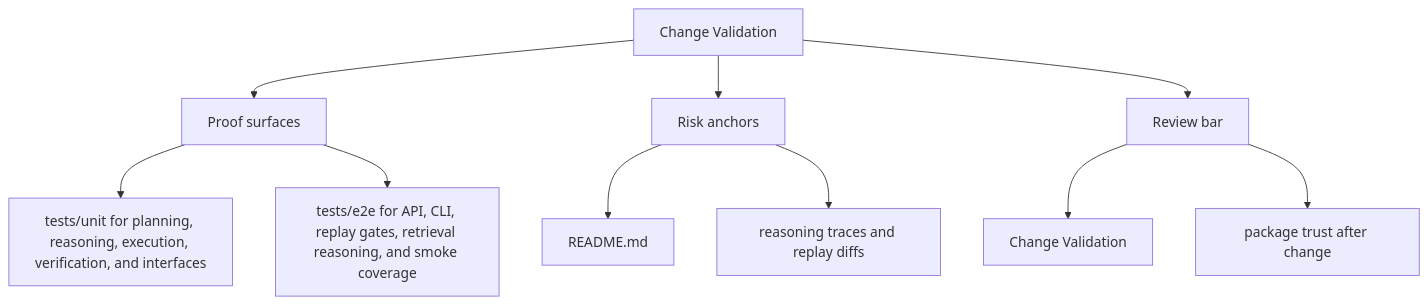
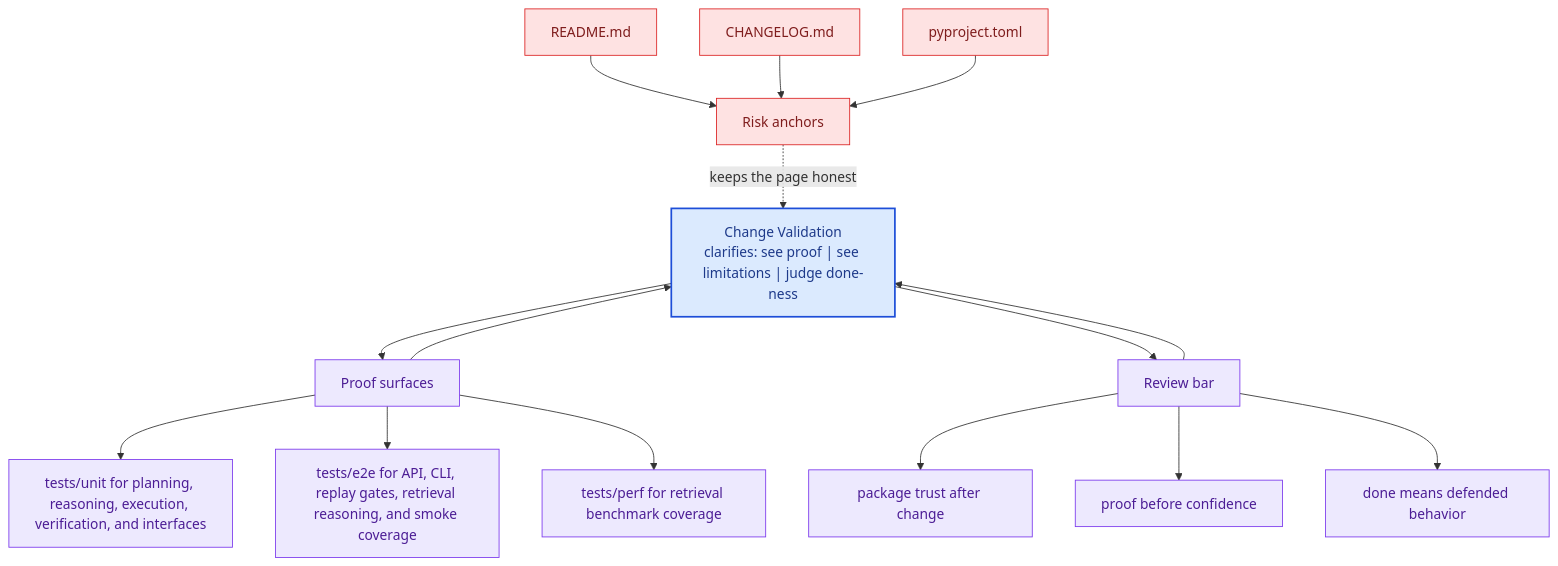
One commit to bijux/bijux-canon changed the second of 2 diagrams in docs/bijux-canon-reason/quality/change-validation.md. Above: the diagram before and after it, drawn with Mermaid. The commit also changed other lines of this file and 281 other files, not shown here.

Commit message:
docs(diagrams): deepen handbook mermaid maps across the catalog

````diff
--- a/docs/bijux-canon-reason/quality/change-validation.md
+++ b/docs/bijux-canon-reason/quality/change-validation.md
@@ -33,22 +66,41 @@
 ```mermaid
-flowchart TD
-    page["Change Validation"]
+flowchart TB
+    promise["Change Validation<br/>clarifies: see proof | see limitations | judge done-ness"]
+    classDef promise fill:#dbeafe,stroke:#1d4ed8,color:#1e3a8a,stroke-width:2px;
+    classDef driver fill:#dcfce7,stroke:#16a34a,color:#14532d;
+    classDef constraint fill:#fee2e2,stroke:#dc2626,color:#7f1d1d;
+    classDef ground fill:#ede9fe,stroke:#7c3aed,color:#4c1d95;
     focus1["Proof surfaces"]
-    page --> focus1
+    focus1 --> promise
+    promise --> focus1
     focus1_1["tests/unit for planning, reasoning, execution, verification, and interfaces"]
     focus1 --> focus1_1
     focus1_2["tests/e2e for API, CLI, replay gates, retrieval reasoning, and smoke coverage"]
     focus1 --> focus1_2
+    focus1_3["tests/perf for retrieval benchmark coverage"]
+    focus1 --> focus1_3
+    class focus1 ground;
+    class focus1_1,focus1_2,focus1_3 ground;
     focus2["Risk anchors"]
-    page --> focus2
+    focus2 -.keeps the page honest.-> promise
     focus2_1["README.md"]
-    focus2 --> focus2_1
-    focus2_2["reasoning traces and replay diffs"]
-    focus2 --> focus2_2
+    focus2_1 --> focus2
+    focus2_2["CHANGELOG.md"]
+    focus2_2 --> focus2
+    focus2_3["pyproject.toml"]
+    focus2_3 --> focus2
+    class focus2 constraint;
+    class focus2_1,focus2_2,focus2_3 constraint;
     focus3["Review bar"]
-    page --> focus3
-    focus3_1["Change Validation"]
+    focus3 --> promise
+    promise --> focus3
+    focus3_1["package trust after change"]
     focus3 --> focus3_1
-    focus3_2["package trust after change"]
+    focus3_2["proof before confidence"]
     focus3 --> focus3_2
+    focus3_3["done means defended behavior"]
+    focus3 --> focus3_3
+    class focus3 ground;
+    class focus3_1,focus3_2,focus3_3 ground;
+    class promise promise;
 ```
````
